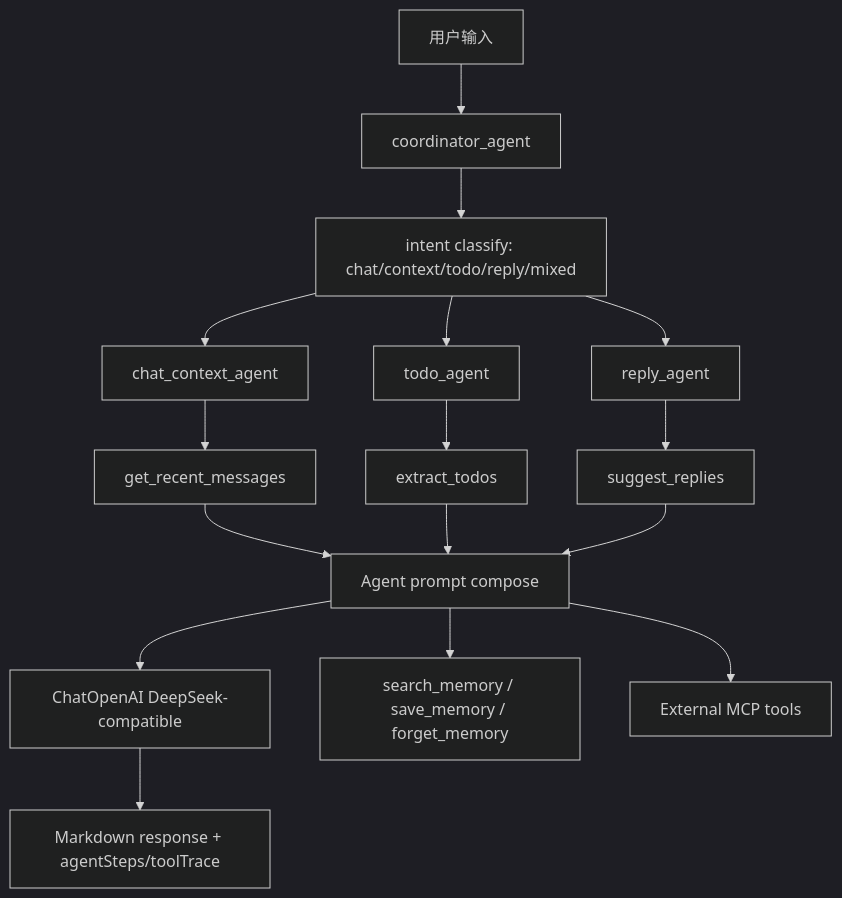
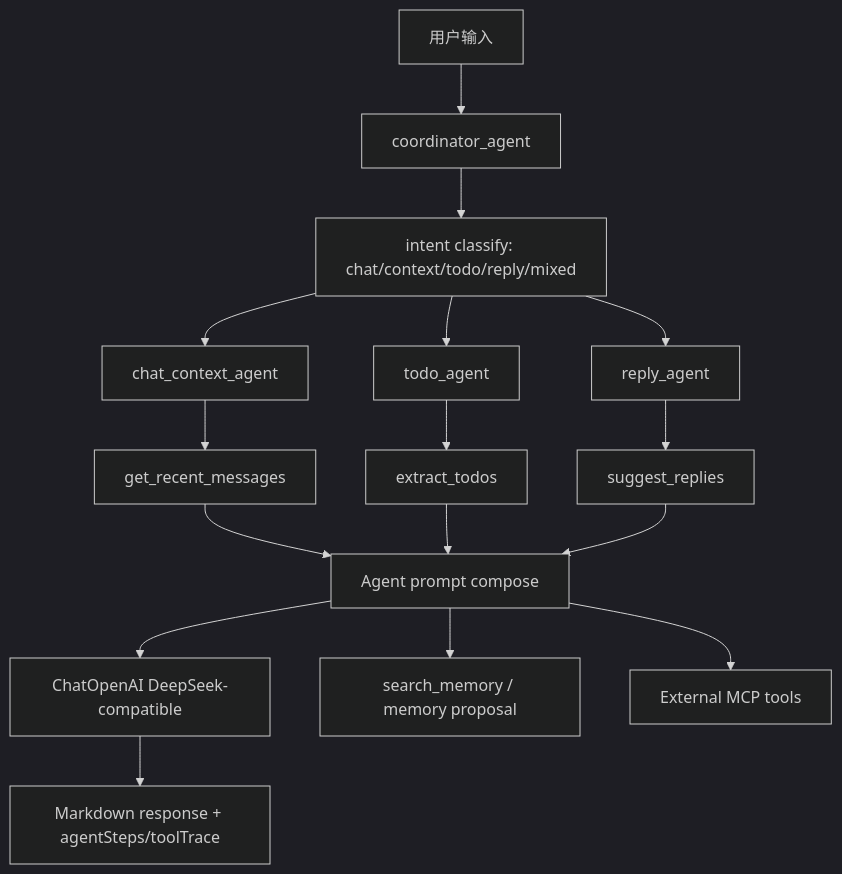
The third of 4 diagrams in README.md (davent10086/pomelo-chat), drawn with Mermaid (dark theme) before and after one commit. The commit also changed other lines of this file and 144 other files, not shown here.

````diff
--- a/README.md
+++ b/README.md
@@ -125,18 +140,18 @@
 ```mermaid
 flowchart TB
   Input["用户输入"] --> Coordinator["coordinator_agent"]
   Coordinator --> Intent["intent classify: chat/context/todo/reply/mixed"]
   Intent --> Context["chat_context_agent"]
   Intent --> Todo["todo_agent"]
   Intent --> Reply["reply_agent"]
   Context --> Recent["get_recent_messages"]
   Todo --> Extract["extract_todos"]
   Reply --> Suggest["suggest_replies"]
   Recent --> Compose["Agent prompt compose"]
   Extract --> Compose
   Suggest --> Compose
   Compose --> Model["ChatOpenAI DeepSeek-compatible"]
-  Compose --> Memory["search_memory / save_memory / forget_memory"]
+  Compose --> Memory["search_memory / memory proposal"]
   Compose --> MCP["External MCP tools"]
   Model --> Output["Markdown response + agentSteps/toolTrace"]
 ```
````
